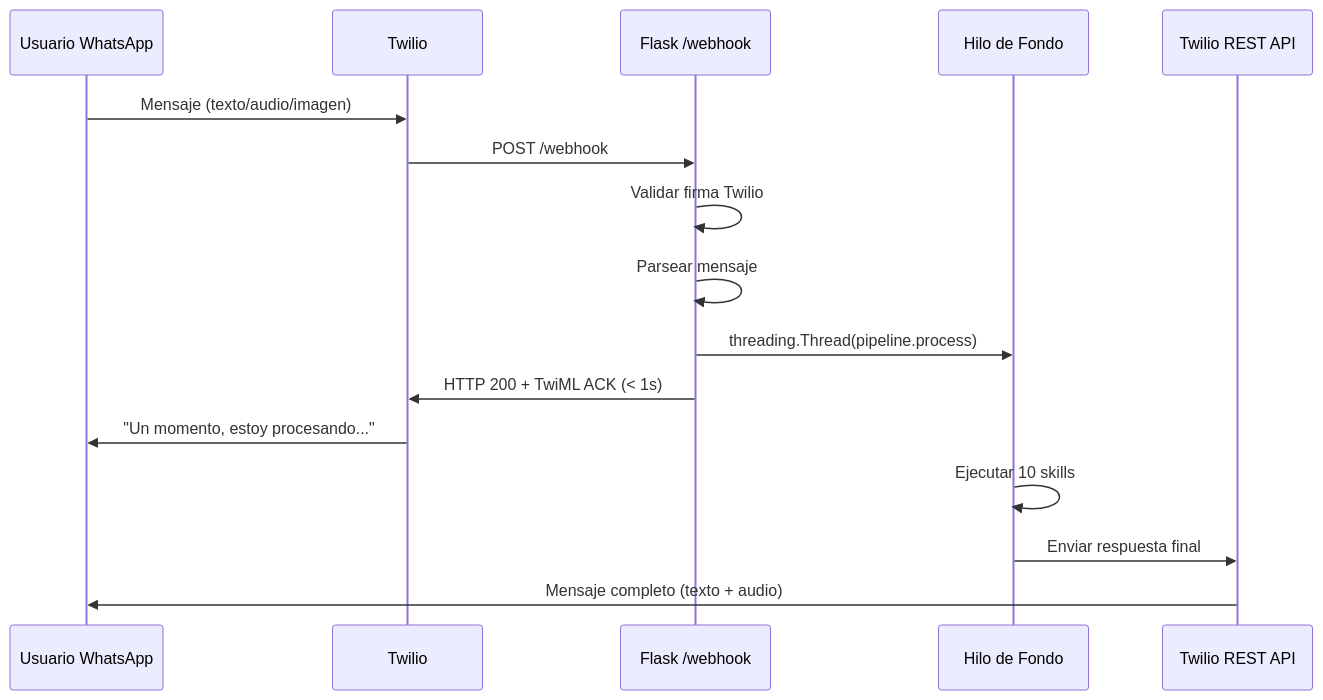
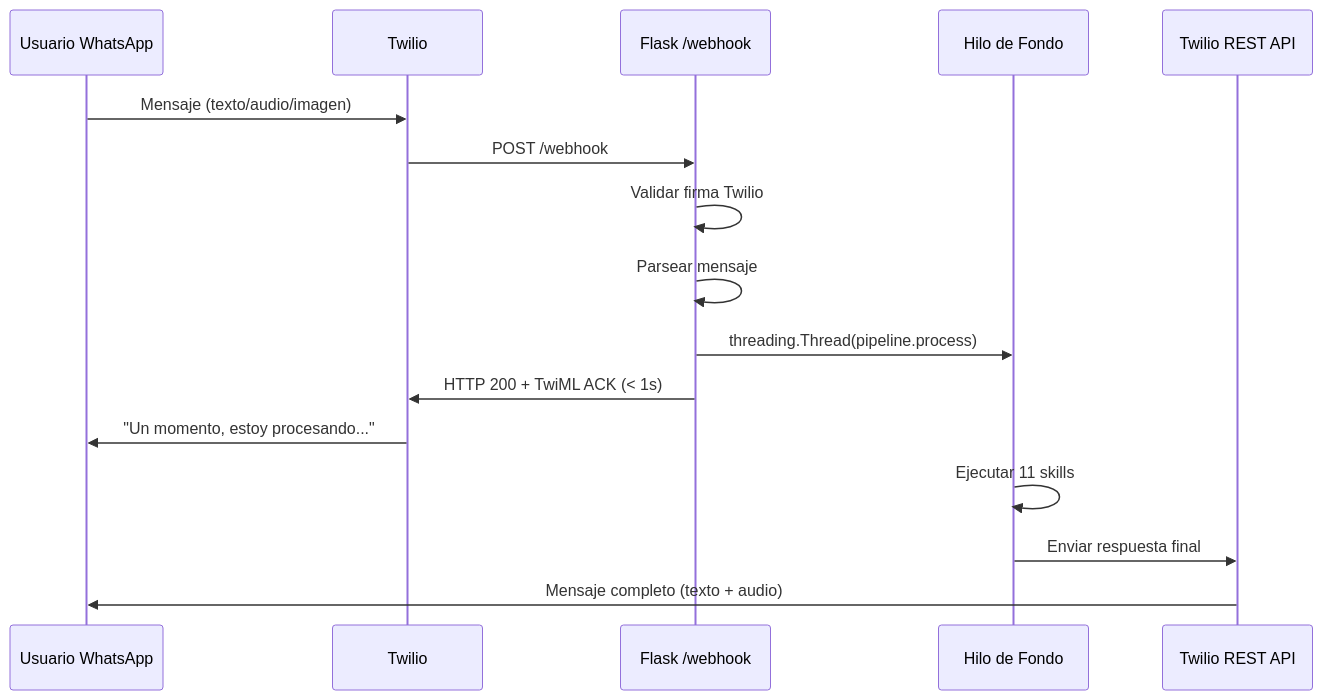
The first of 2 diagrams in docs/02-architecture/ARCHITECTURE.md (Andreavilaro0/civicaid-voice), drawn with Mermaid before and after one commit. The commit also changed other lines of this file and 10 other files, not shown here.

````diff
--- a/docs/02-architecture/ARCHITECTURE.md
+++ b/docs/02-architecture/ARCHITECTURE.md
@@ -67,19 +67,19 @@
 ```mermaid
 sequenceDiagram
     participant U as Usuario WhatsApp
     participant TW as Twilio
     participant FL as Flask /webhook
     participant BG as Hilo de Fondo
     participant TR as Twilio REST API
 
     U->>TW: Mensaje (texto/audio/imagen)
     TW->>FL: POST /webhook
     FL->>FL: Validar firma Twilio
     FL->>FL: Parsear mensaje
     FL->>BG: threading.Thread(pipeline.process)
     FL->>TW: HTTP 200 + TwiML ACK (< 1s)
     TW->>U: "Un momento, estoy procesando..."
-    BG->>BG: Ejecutar 10 skills
+    BG->>BG: Ejecutar 11 skills
     BG->>TR: Enviar respuesta final
     TR->>U: Mensaje completo (texto + audio)
 ```
````
